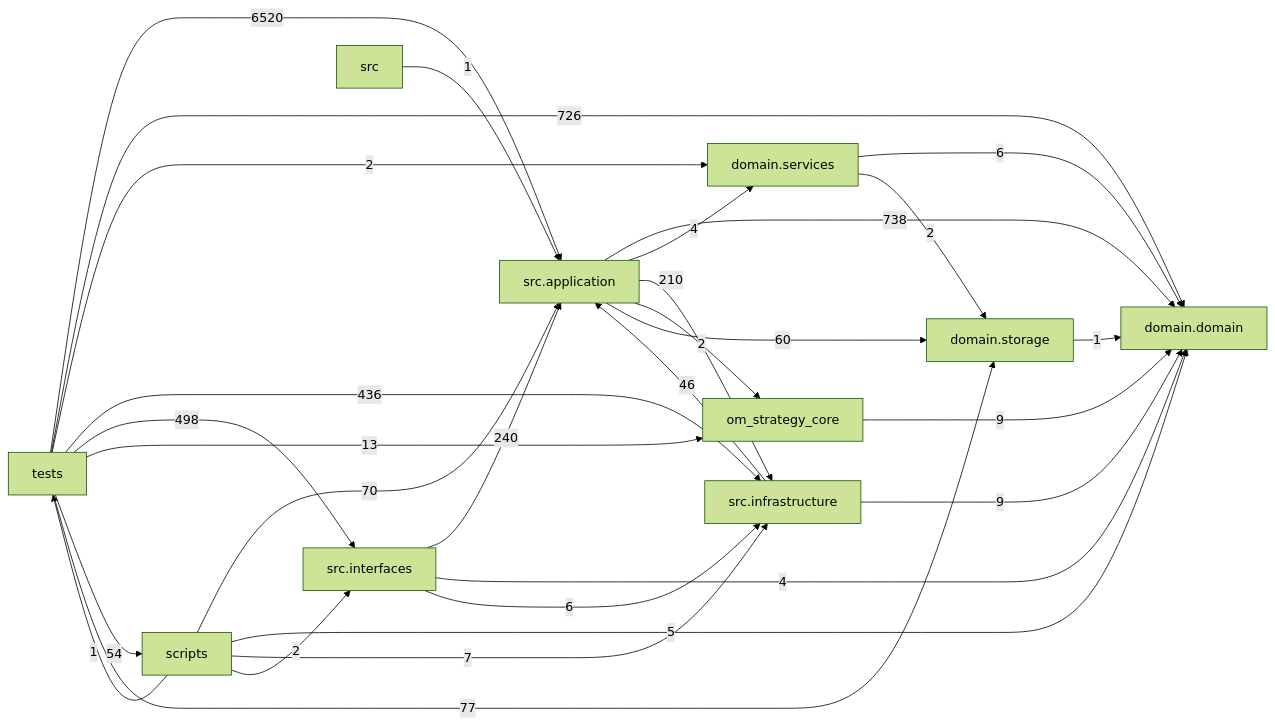
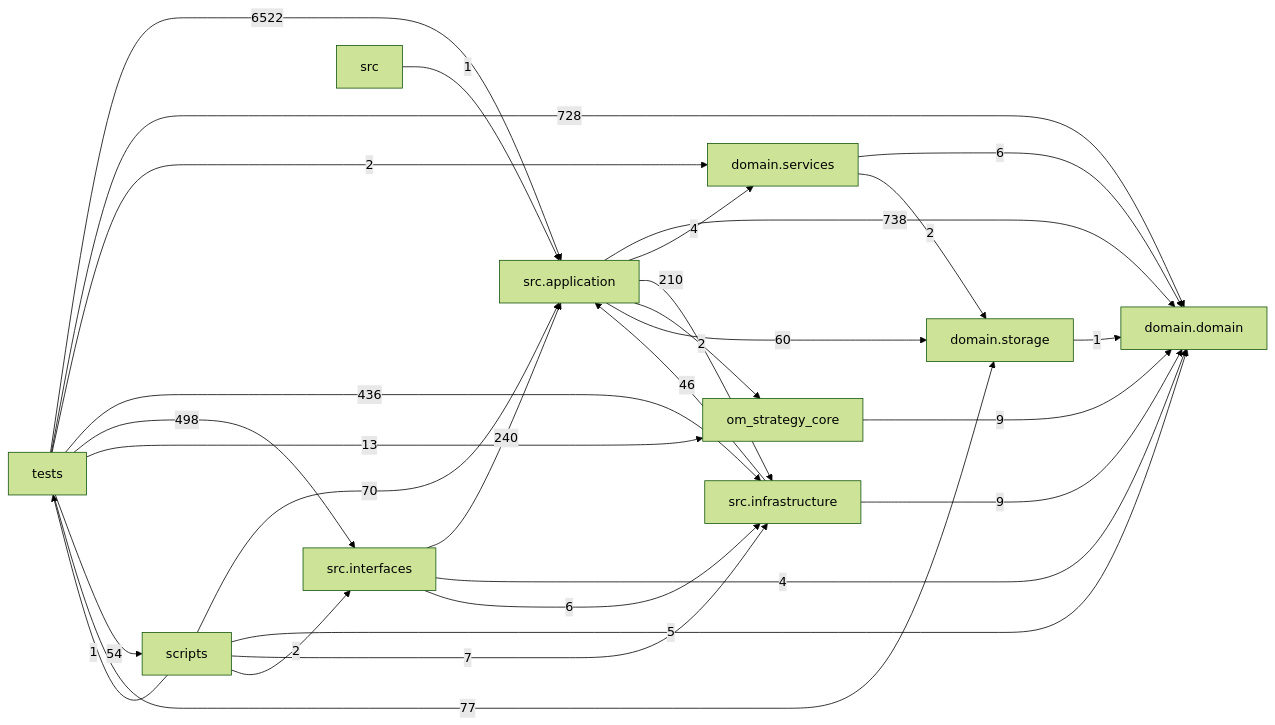
The diagram in docs/DEPENDENCY_GRAPH.md (liuxie066/options-monitor), drawn with Mermaid (forest theme) before and after one commit. The commit also changed other lines of this file and 4 other files, not shown here.

````diff
--- a/docs/DEPENDENCY_GRAPH.md
+++ b/docs/DEPENDENCY_GRAPH.md
@@ -24,39 +24,39 @@
 ```mermaid
 flowchart LR
   tests["tests"]
   scripts["scripts"]
   interfaces["src.interfaces"]
   application["src.application"]
   infrastructure["src.infrastructure"]
   domain_services["domain.services"]
   domain["domain.domain"]
   storage["domain.storage"]
   application -->|738| domain
   application -->|4| domain_services
   application -->|210| infrastructure
   application -->|2| om_strategy_core
   application -->|60| storage
   domain_services -->|6| domain
   domain_services -->|2| storage
   infrastructure -->|46| application
   infrastructure -->|9| domain
   interfaces -->|240| application
   interfaces -->|4| domain
   interfaces -->|6| infrastructure
   om_strategy_core -->|9| domain
   scripts -->|70| application
   scripts -->|5| domain
   scripts -->|7| infrastructure
   scripts -->|2| interfaces
   scripts -->|1| tests
   src -->|1| application
   storage -->|1| domain
-  tests -->|6520| application
-  tests -->|726| domain
+  tests -->|6522| application
+  tests -->|728| domain
   tests -->|2| domain_services
   tests -->|436| infrastructure
   tests -->|498| interfaces
   tests -->|13| om_strategy_core
   tests -->|54| scripts
   tests -->|77| storage
 ```
````
